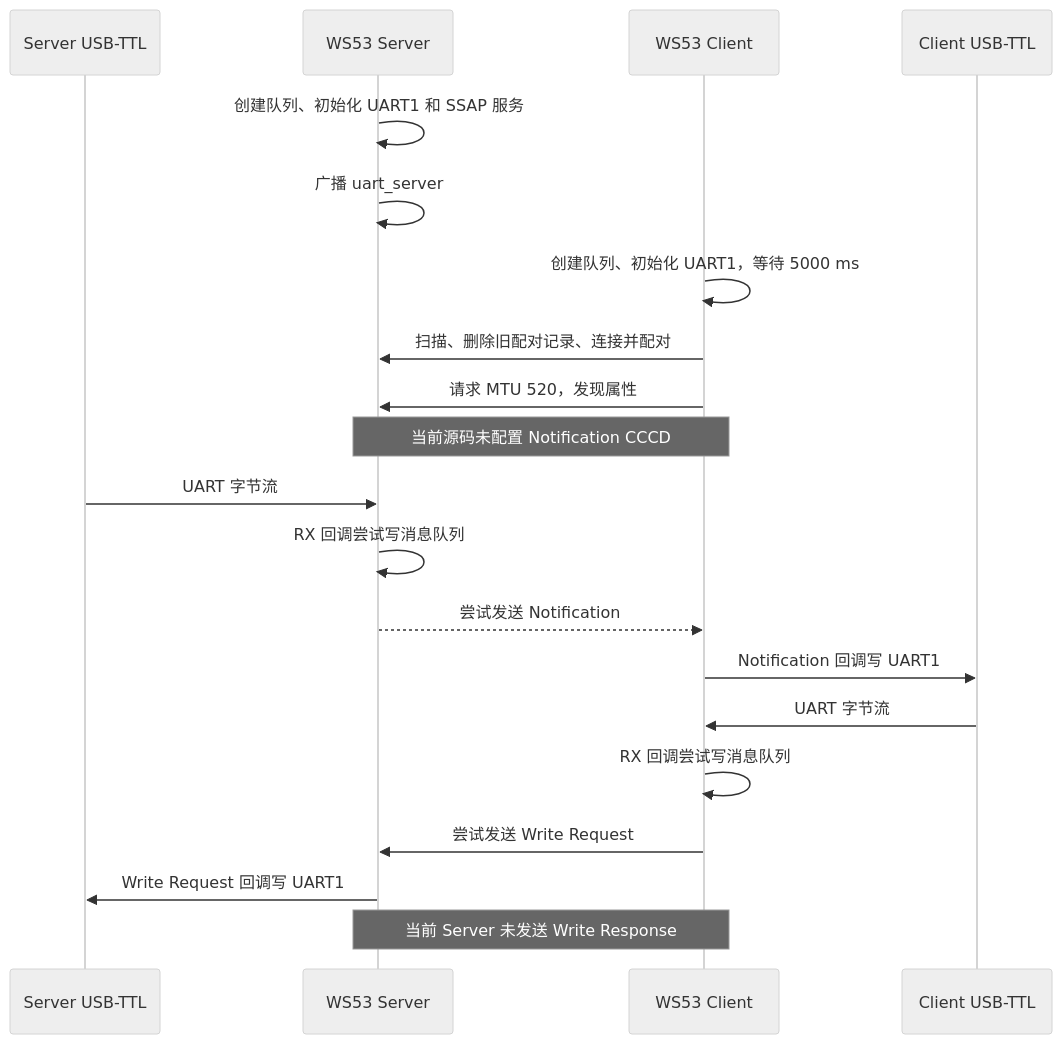
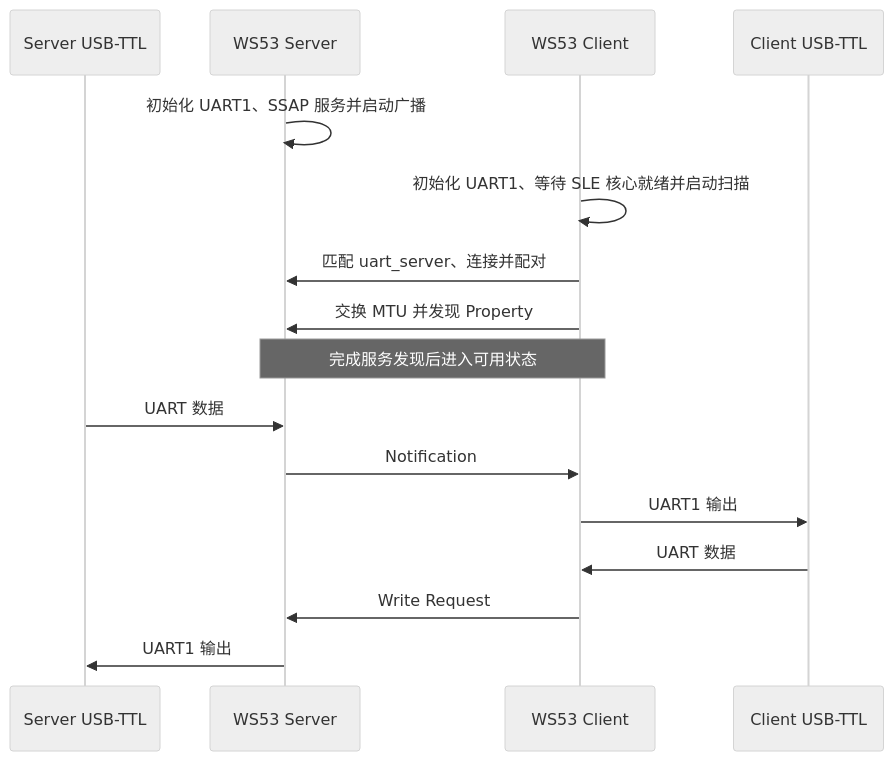
The second of 3 diagrams in docs/zh-CN/samples/connectivity/sle/data-comm/uart-bridge.md (sanchuanhehe/fbb_ws53), drawn with Mermaid (neutral theme) before and after one commit. The commit also changed other lines of this file, not shown here.

First line of the commit message:
docs: 修缮 WS53 SLE UART 透传案例文档

````diff
--- a/docs/zh-CN/samples/connectivity/sle/data-comm/uart-bridge.md
+++ b/docs/zh-CN/samples/connectivity/sle/data-comm/uart-bridge.md
@@ -209,23 +91,19 @@
 ```mermaid
 sequenceDiagram
-    participant US as Server USB-TTL
+    participant SA as Server USB-TTL
     participant S as WS53 Server
     participant C as WS53 Client
-    participant UC as Client USB-TTL
+    participant CB as Client USB-TTL
 
-    S->>S: 创建队列、初始化 UART1 和 SSAP 服务
-    S->>S: 广播 uart_server
-    C->>C: 创建队列、初始化 UART1，等待 5000 ms
-    C->>S: 扫描、删除旧配对记录、连接并配对
-    C->>S: 请求 MTU 520，发现属性
-    Note over S,C: 当前源码未配置 Notification CCCD
-    US->>S: UART 字节流
-    S->>S: RX 回调尝试写消息队列
-    S-->>C: 尝试发送 Notification
-    C->>UC: Notification 回调写 UART1
-    UC->>C: UART 字节流
-    C->>C: RX 回调尝试写消息队列
-    C->>S: 尝试发送 Write Request
-    S->>US: Write Request 回调写 UART1
-    Note over S,C: 当前 Server 未发送 Write Response
+    S->>S: 初始化 UART1、SSAP 服务并启动广播
+    C->>C: 初始化 UART1、等待 SLE 核心就绪并启动扫描
+    C->>S: 匹配 uart_server、连接并配对
+    C->>S: 交换 MTU 并发现 Property
+    Note over S,C: 完成服务发现后进入可用状态
+    SA->>S: UART 数据
+    S->>C: Notification
+    C->>CB: UART1 输出
+    CB->>C: UART 数据
+    C->>S: Write Request
+    S->>SA: UART1 输出
 ```
````
